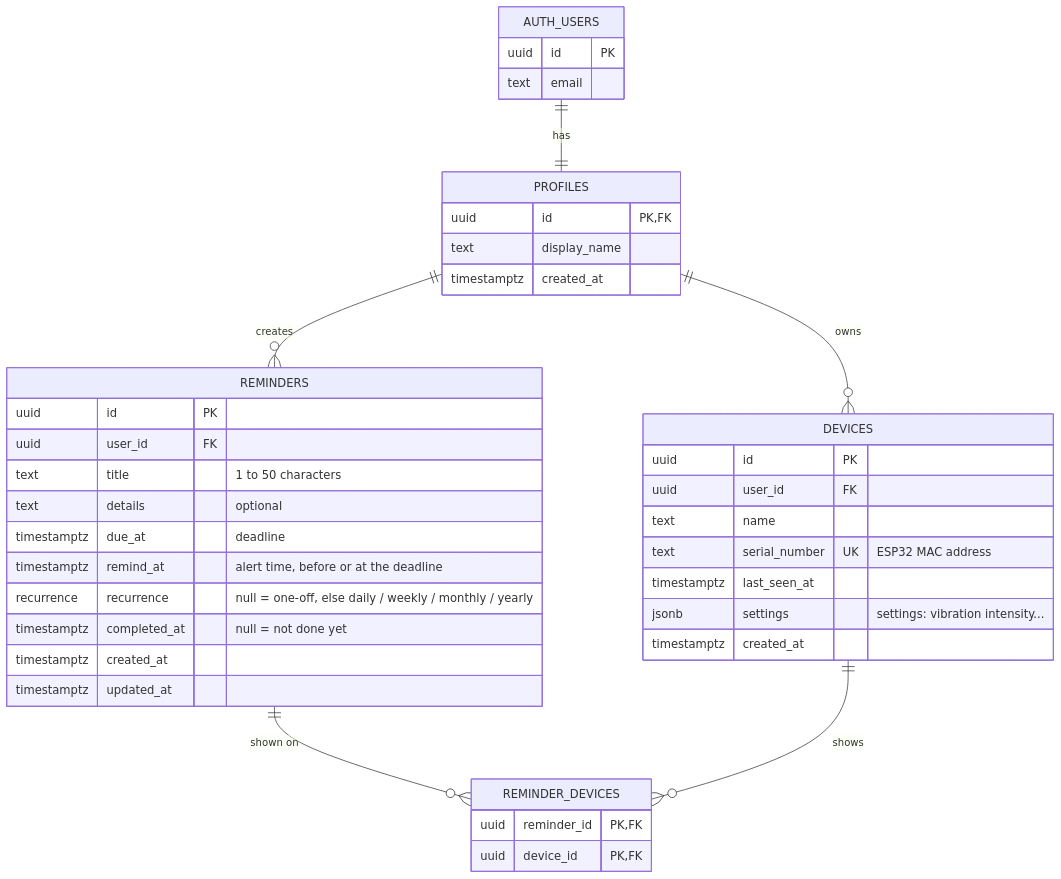
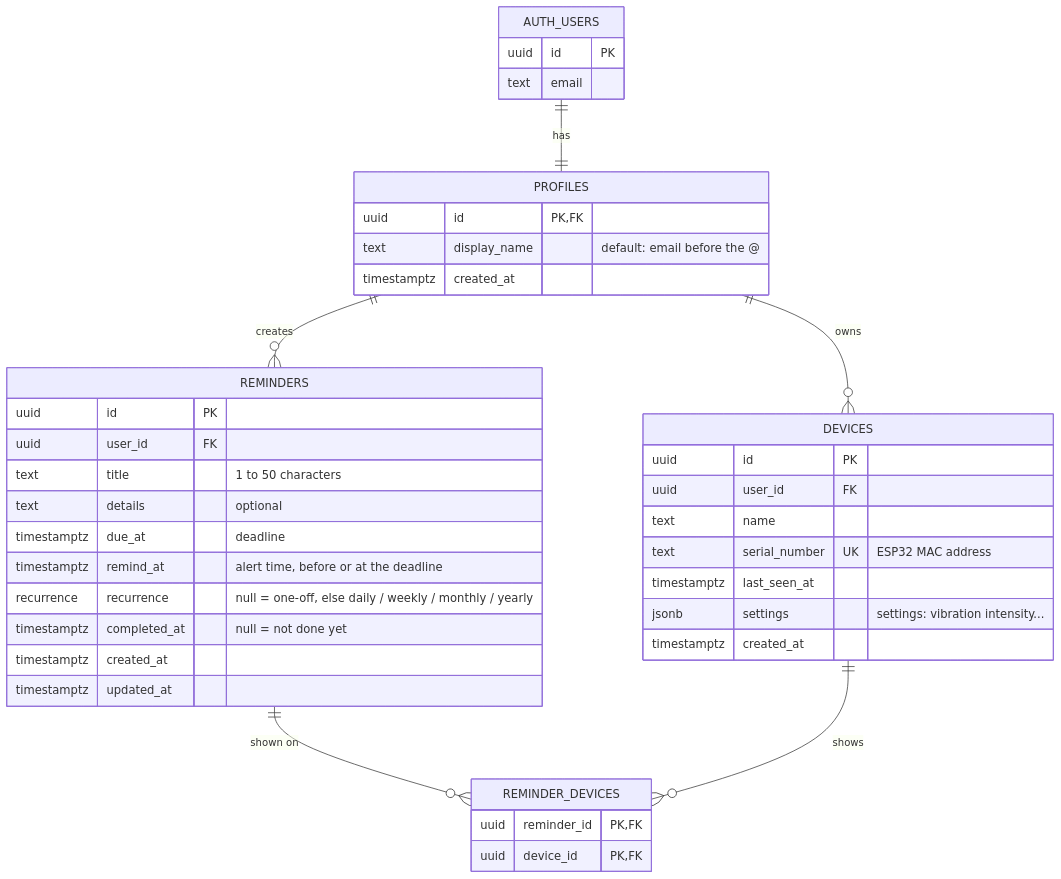
One commit to acronoxx/desk-companion changed the diagram in database/schema.md. Above: the diagram before and after it, drawn with Mermaid. The commit also changed other lines of this file and 10 other files, not shown here.

````diff
--- a/database/schema.md
+++ b/database/schema.md
@@ -9,47 +9,47 @@
 ```mermaid
 erDiagram
     AUTH_USERS ||--|| PROFILES : "has"
     PROFILES ||--o{ DEVICES : "owns"
     PROFILES ||--o{ REMINDERS : "creates"
     REMINDERS ||--o{ REMINDER_DEVICES : "shown on"
     DEVICES ||--o{ REMINDER_DEVICES : "shows"
 
     AUTH_USERS {
         uuid id PK
         text email
     }
 
     PROFILES {
         uuid id PK, FK
-        text display_name
+        text display_name "default: email before the @"
         timestamptz created_at
     }
 
     DEVICES {
         uuid id PK
         uuid user_id FK
         text name
         text serial_number UK "ESP32 MAC address"
         timestamptz last_seen_at
         jsonb settings "settings: vibration intensity..."
         timestamptz created_at
     }
 
     REMINDERS {
         uuid id PK
         uuid user_id FK
         text title "1 to 50 characters"
         text details "optional"
         timestamptz due_at "deadline"
         timestamptz remind_at "alert time, before or at the deadline"
         recurrence recurrence "null = one-off, else daily / weekly / monthly / yearly"
         timestamptz completed_at "null = not done yet"
         timestamptz created_at
         timestamptz updated_at
     }
 
     REMINDER_DEVICES {
         uuid reminder_id PK, FK
         uuid device_id PK, FK
     }
 ```
````
